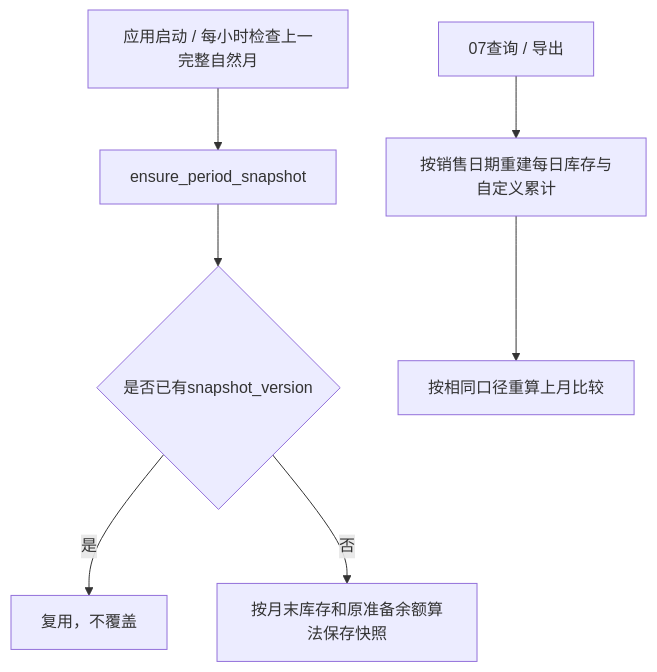
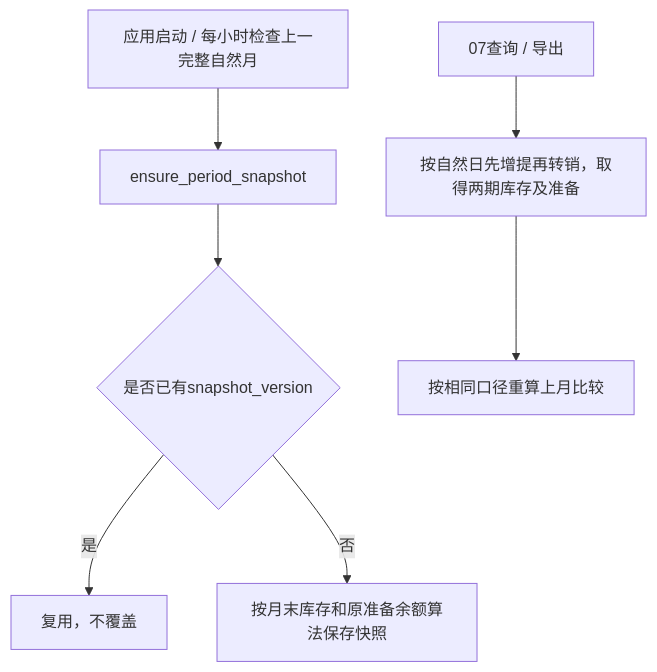
Before and after one commit to yueweiit/FastAPIProject: the diagram in docs/modules/reports/workflow.md, drawn with Mermaid. The commit also changed other lines of this file and 17 other files, not shown here.

````diff
--- a/docs/modules/reports/workflow.md
+++ b/docs/modules/reports/workflow.md
@@ -25,9 +28,9 @@
 ```mermaid
 flowchart TD
     A["应用启动 / 每小时检查上一完整自然月"] --> B["ensure_period_snapshot"]
     B --> C{"是否已有snapshot_version"}
     C -->|是| D["复用，不覆盖"]
     C -->|否| E["按月末库存和原准备余额算法保存快照"]
-    F["07查询 / 导出"] --> G["按销售日期重建每日库存与自定义累计"]
+    F["07查询 / 导出"] --> G["按自然日先增提再转销，取得两期库存及准备"]
     G --> H["按相同口径重算上月比较"]
 ```
````
